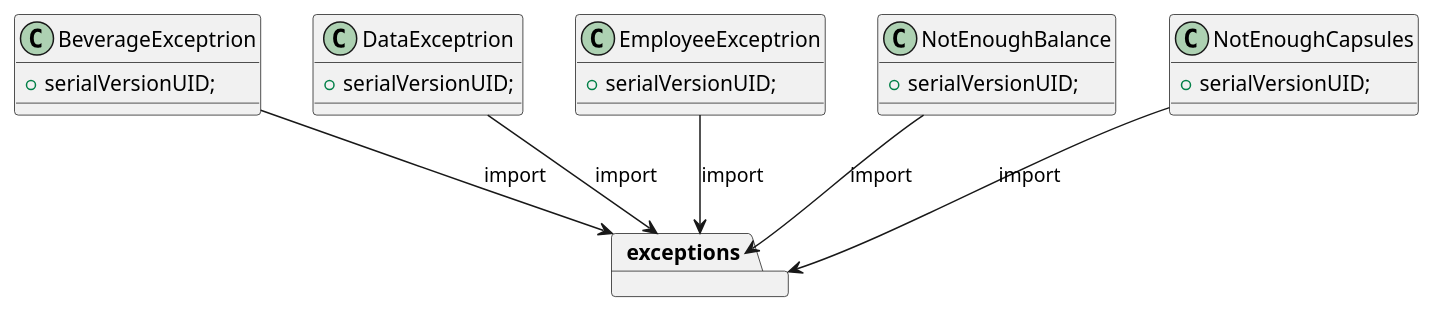
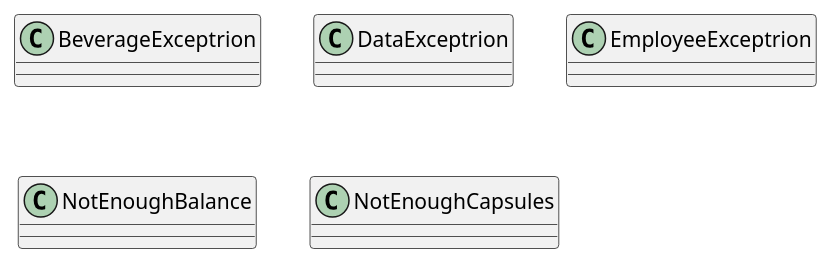
Before and after one commit to salvatore-dimartino/LaTazza: the third of 7 diagrams in templates/DesignDocumentTemplate.md, drawn with PlantUML.

````diff
--- a/templates/DesignDocumentTemplate.md
+++ b/templates/DesignDocumentTemplate.md
@@ -77,33 +77,20 @@
 ```plantuml
 @startuml
 allowmixing
 class BeverageExceptrion {
-    +serialVersionUID;
 }
 
 class DataExceptrion {
-    +serialVersionUID;
 }
 
 class EmployeeExceptrion {
-    +serialVersionUID;
 }
 
 class NotEnoughBalance {
-    +serialVersionUID;
 }
 
 class NotEnoughCapsules {
-    +serialVersionUID;
 }
-
-package exceptions
-
-BeverageExceptrion --> exceptions: import
-DataExceptrion --> exceptions: import
-EmployeeExceptrion  --> exceptions: import
-NotEnoughBalance --> exceptions: import
-NotEnoughCapsules --> exceptions: import
 
 @enduml
 ```
````
